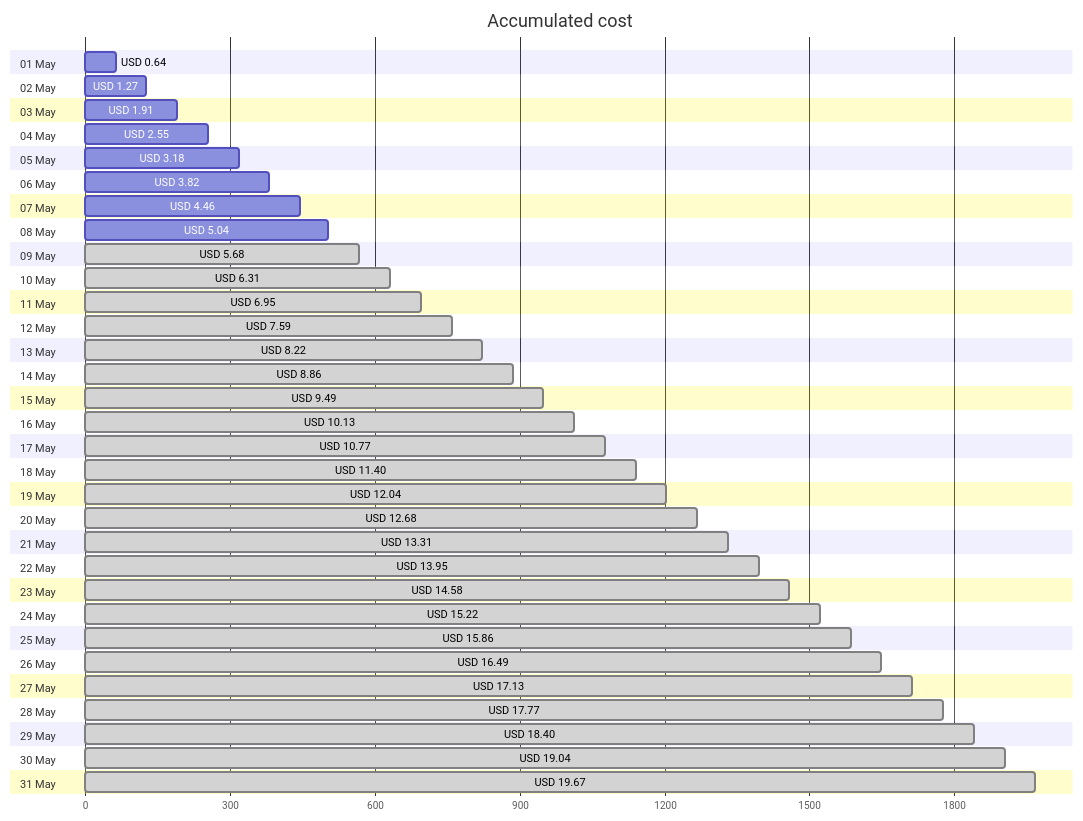
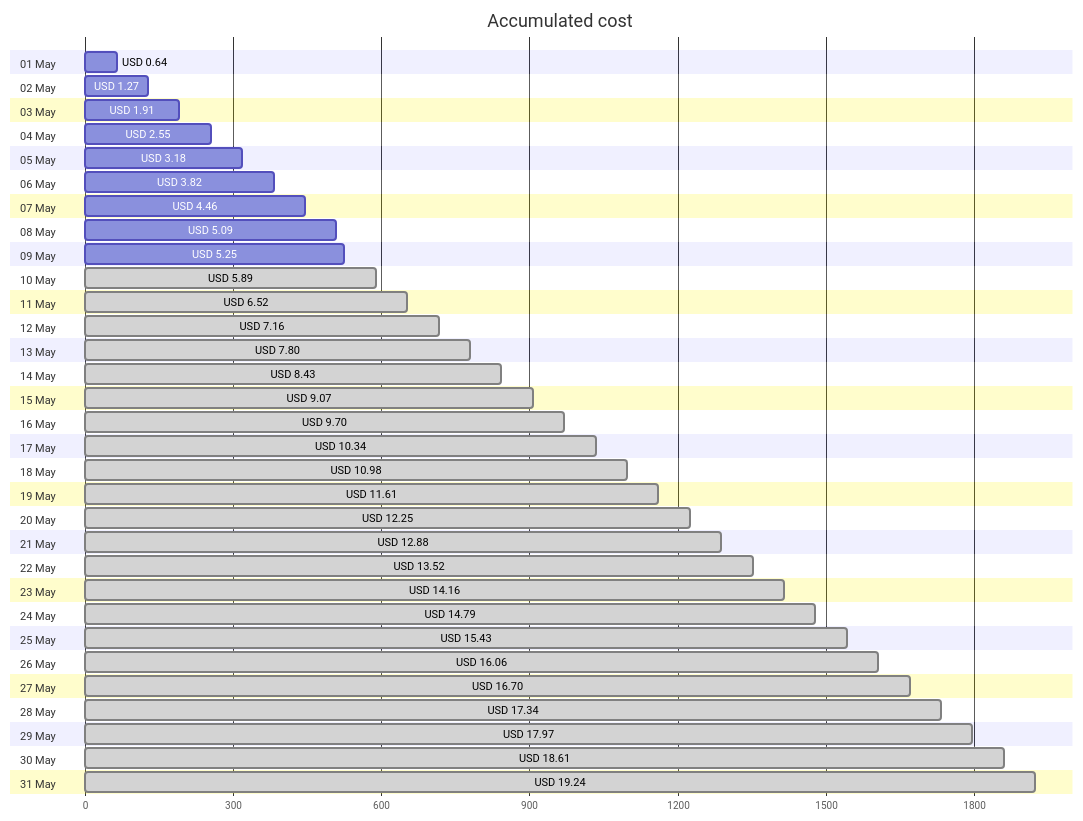
The first of 4 diagrams in cost-reports/accumulated-cost.md (jpfulton/azure-personal-reports), drawn with Mermaid before and after one commit. The commit also changed other lines of this file and 4 other files, not shown here.

````diff
--- a/cost-reports/accumulated-cost.md
+++ b/cost-reports/accumulated-cost.md
@@ -20,68 +20,68 @@
 ```mermaid
 gantt
    title Accumulated cost
    dateFormat  X
    axisFormat %s
    section 01 May
    USD 0.64 :0, 64
    section 02 May
    USD 1.27 :0, 127
    section 03 May
    USD 1.91 :0, 191
    section 04 May
    USD 2.55 :0, 255
    section 05 May
    USD 3.18 :0, 318
    section 06 May
    USD 3.82 :0, 382
    section 07 May
    USD 4.46 :0, 446
    section 08 May
-   USD 5.04 :0, 504
+   USD 5.09 :0, 509
    section 09 May
-   USD 5.68 : done, 0, 568
+   USD 5.25 :0, 525
    section 10 May
-   USD 6.31 : done, 0, 631
+   USD 5.89 : done, 0, 589
    section 11 May
-   USD 6.95 : done, 0, 695
+   USD 6.52 : done, 0, 652
    section 12 May
-   USD 7.59 : done, 0, 759
+   USD 7.16 : done, 0, 716
    section 13 May
-   USD 8.22 : done, 0, 822
+   USD 7.80 : done, 0, 780
    section 14 May
-   USD 8.86 : done, 0, 886
+   USD 8.43 : done, 0, 843
    section 15 May
-   USD 9.49 : done, 0, 949
+   USD 9.07 : done, 0, 907
    section 16 May
-   USD 10.13 : done, 0, 1013
+   USD 9.70 : done, 0, 970
    section 17 May
-   USD 10.77 : done, 0, 1077
+   USD 10.34 : done, 0, 1034
    section 18 May
-   USD 11.40 : done, 0, 1140
+   USD 10.98 : done, 0, 1098
    section 19 May
-   USD 12.04 : done, 0, 1204
+   USD 11.61 : done, 0, 1161
    section 20 May
-   USD 12.68 : done, 0, 1268
+   USD 12.25 : done, 0, 1225
    section 21 May
-   USD 13.31 : done, 0, 1331
+   USD 12.88 : done, 0, 1288
    section 22 May
-   USD 13.95 : done, 0, 1395
+   USD 13.52 : done, 0, 1352
    section 23 May
-   USD 14.58 : done, 0, 1458
+   USD 14.16 : done, 0, 1416
    section 24 May
-   USD 15.22 : done, 0, 1522
+   USD 14.79 : done, 0, 1479
    section 25 May
-   USD 15.86 : done, 0, 1586
+   USD 15.43 : done, 0, 1543
    section 26 May
-   USD 16.49 : done, 0, 1649
+   USD 16.06 : done, 0, 1606
    section 27 May
-   USD 17.13 : done, 0, 1713
+   USD 16.70 : done, 0, 1670
    section 28 May
-   USD 17.77 : done, 0, 1777
+   USD 17.34 : done, 0, 1734
    section 29 May
-   USD 18.40 : done, 0, 1840
+   USD 17.97 : done, 0, 1797
    section 30 May
-   USD 19.04 : done, 0, 1904
+   USD 18.61 : done, 0, 1861
    section 31 May
-   USD 19.67 : done, 0, 1967
+   USD 19.24 : done, 0, 1924
 ```
````
